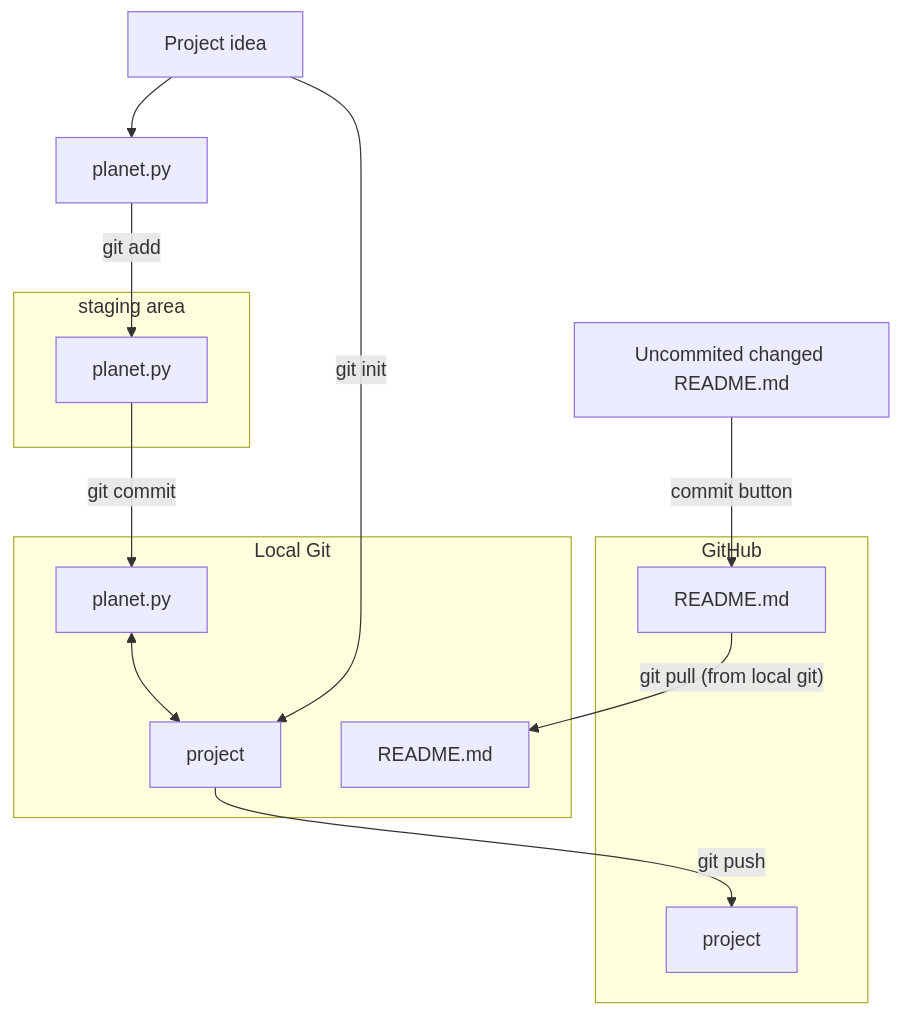
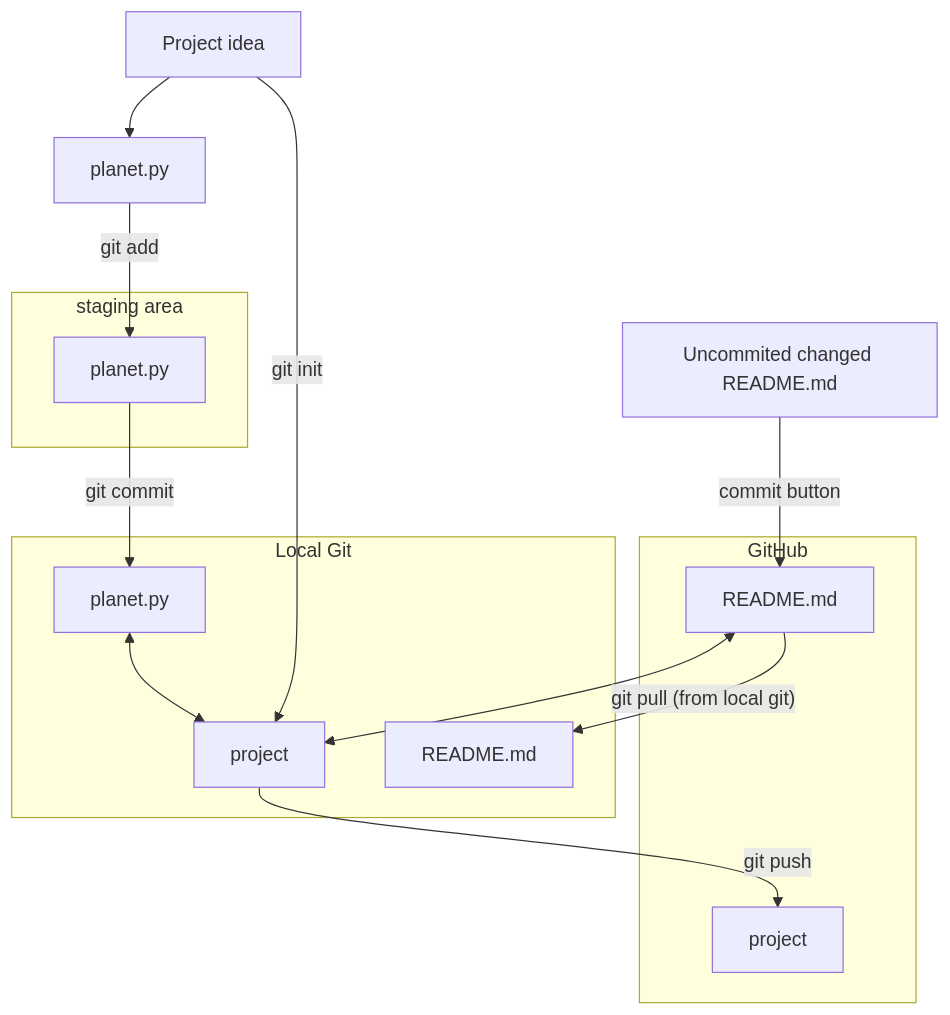
Before and after one commit to UPPMAX/programming_formalisms: the diagram in docs/project_start/startup.md, drawn with Mermaid.

````diff
--- a/docs/project_start/startup.md
+++ b/docs/project_start/startup.md
@@ -584,29 +584,30 @@
 ```mermaid
       graph TB
 
 P["Project idea"] -->|git init| Node2
 P["Project idea"] --> planet.py -->|git add| Node4
 Node4 --> |git commit| Node1
 Node2 --> |git push| Node5
+R <--> Node2
 
 C[Uncommited changed README.md] -->|commit button| R
 R --> |"git pull (from local git)"| R2
 
         
         subgraph "Local Git"
         Node2[project]
         Node1[planet.py] 
         Node1 <--> Node2
         R2[README.md]
         end 
 
         subgraph "staging area"
         Node4[planet.py]
         end
 
         subgraph "GitHub"
         Node5[project]
         R[README.md]
         end
 
 ```
````
